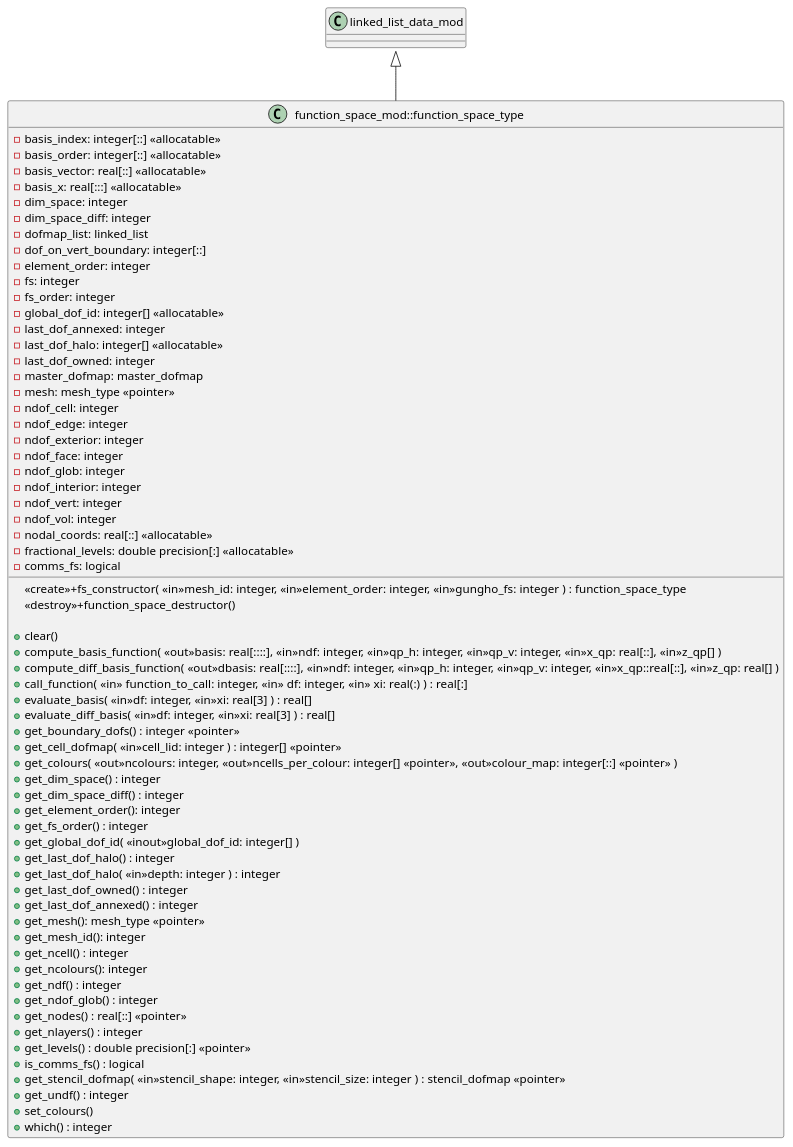
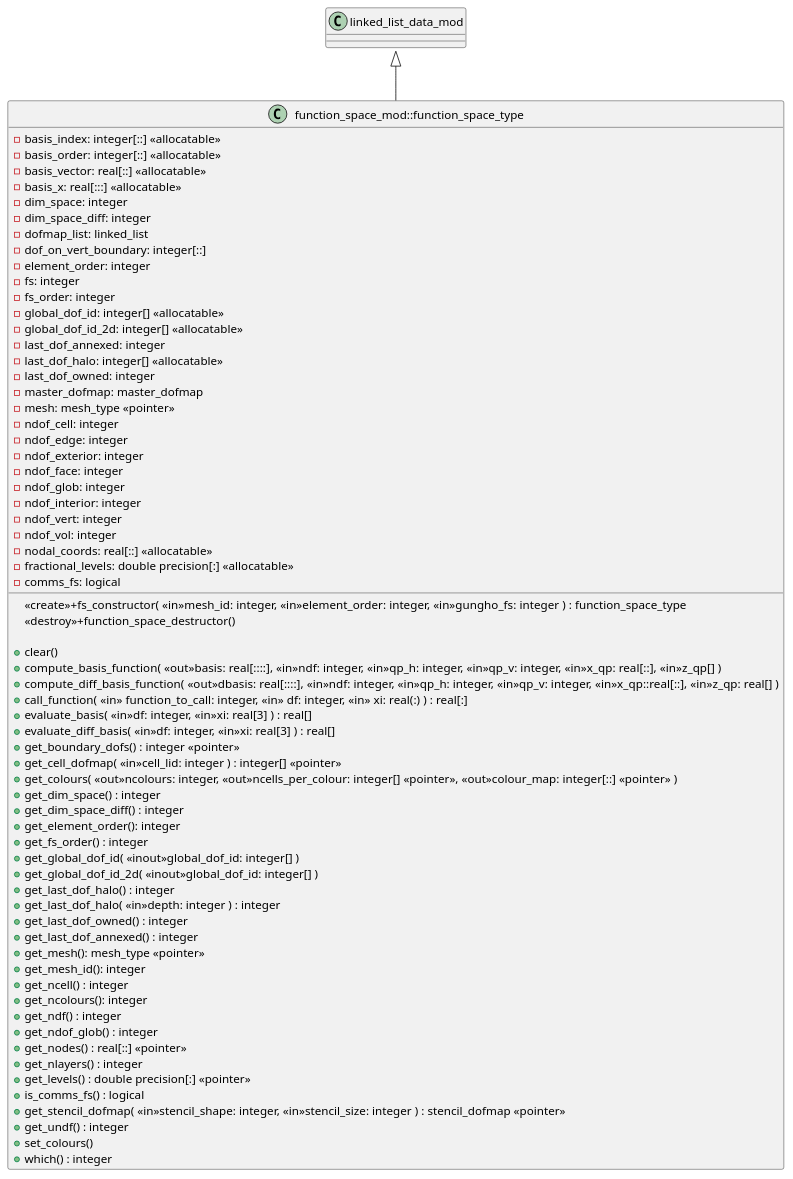
The diagram in infrastructure/documentation/uml/field/function_space_mod.iuml (MetOffice/lfric_core), drawn with PlantUML before and after one commit. The commit also changed 35 other files, not shown here.

```diff
--- a/infrastructure/documentation/uml/field/function_space_mod.iuml
+++ b/infrastructure/documentation/uml/field/function_space_mod.iuml
@@ -1,72 +1,74 @@
 ' Copyright (c) 2017,  Met Office, on behalf of HMSO and Queen's Printer
 ' For further details please refer to the file LICENCE.original which you
 ' should have received as part of this distribution.
 
 class function_space_mod::function_space_type {
     -basis_index: integer[::] <<allocatable>>
     -basis_order: integer[::] <<allocatable>>
     -basis_vector: real[::] <<allocatable>>
     -basis_x: real[:::] <<allocatable>>
     -dim_space: integer
     -dim_space_diff: integer
     -dofmap_list: linked_list
     -dof_on_vert_boundary: integer[::]
     -element_order: integer
     -fs: integer
     -fs_order: integer
     -global_dof_id: integer[] <<allocatable>>
+    -global_dof_id_2d: integer[] <<allocatable>>
     -last_dof_annexed: integer
     -last_dof_halo: integer[] <<allocatable>>
     -last_dof_owned: integer
     -master_dofmap: master_dofmap
     -mesh: mesh_type <<pointer>>
     -ndof_cell: integer
     -ndof_edge: integer
     -ndof_exterior: integer
     -ndof_face: integer
     -ndof_glob: integer
     -ndof_interior: integer
     -ndof_vert: integer
     -ndof_vol: integer
     -nodal_coords: real[::] <<allocatable>>
     -fractional_levels: double precision[:] <<allocatable>>
     -comms_fs: logical
 
     <<create>>+fs_constructor( <<in>>mesh_id: integer, <<in>>element_order: integer, <<in>>gungho_fs: integer ) : function_space_type
     <<destroy>>+function_space_destructor()
 
     +clear()
     +compute_basis_function( <<out>>basis: real[::::], <<in>>ndf: integer, <<in>>qp_h: integer, <<in>>qp_v: integer, <<in>>x_qp: real[::], <<in>>z_qp[] )
     +compute_diff_basis_function( <<out>>dbasis: real[::::], <<in>>ndf: integer, <<in>>qp_h: integer, <<in>>qp_v: integer, <<in>>x_qp::real[::], <<in>>z_qp: real[] )
     +call_function( <<in>> function_to_call: integer, <<in>> df: integer, <<in>> xi: real(:) ) : real[:]
     +evaluate_basis( <<in>>df: integer, <<in>>xi: real[3] ) : real[]
     +evaluate_diff_basis( <<in>>df: integer, <<in>>xi: real[3] ) : real[]
     +get_boundary_dofs() : integer <<pointer>>
     +get_cell_dofmap( <<in>>cell_lid: integer ) : integer[] <<pointer>>
     +get_colours( <<out>>ncolours: integer, <<out>>ncells_per_colour: integer[] <<pointer>>, <<out>>colour_map: integer[::] <<pointer>> )
     +get_dim_space() : integer
     +get_dim_space_diff() : integer
     +get_element_order(): integer
     +get_fs_order() : integer
     +get_global_dof_id( <<inout>>global_dof_id: integer[] )
+    +get_global_dof_id_2d( <<inout>>global_dof_id: integer[] )
     +get_last_dof_halo() : integer
     +get_last_dof_halo( <<in>>depth: integer ) : integer
     +get_last_dof_owned() : integer
     +get_last_dof_annexed() : integer
     +get_mesh(): mesh_type <<pointer>>
     +get_mesh_id(): integer
     +get_ncell() : integer
     +get_ncolours(): integer
     +get_ndf() : integer
     +get_ndof_glob() : integer
     +get_nodes() : real[::] <<pointer>>
     +get_nlayers() : integer
     +get_levels() : double precision[:] <<pointer>>
     +is_comms_fs() : logical
     +get_stencil_dofmap( <<in>>stencil_shape: integer, <<in>>stencil_size: integer ) : stencil_dofmap <<pointer>>
     +get_undf() : integer
     +set_colours()
     +which() : integer
 }
 
 linked_list_data_mod::linked_list_data_type <|-- function_space_mod::function_space_type
```
